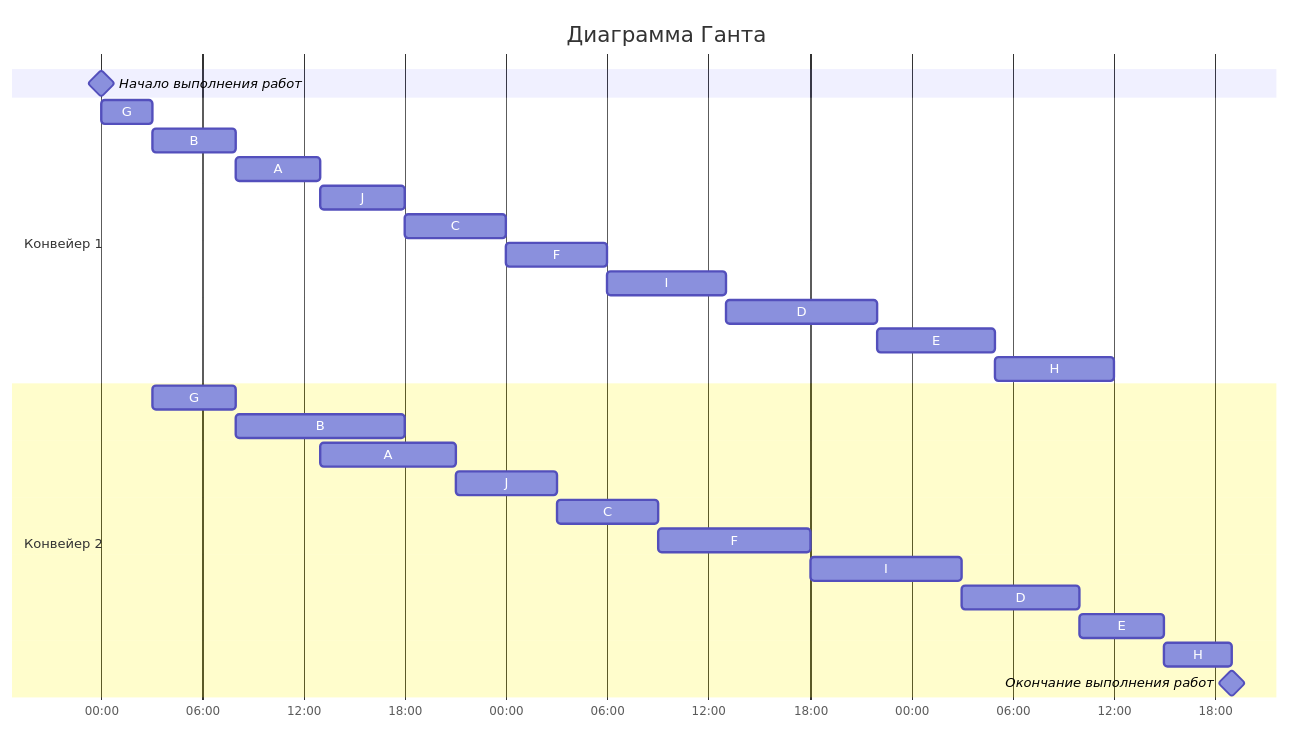
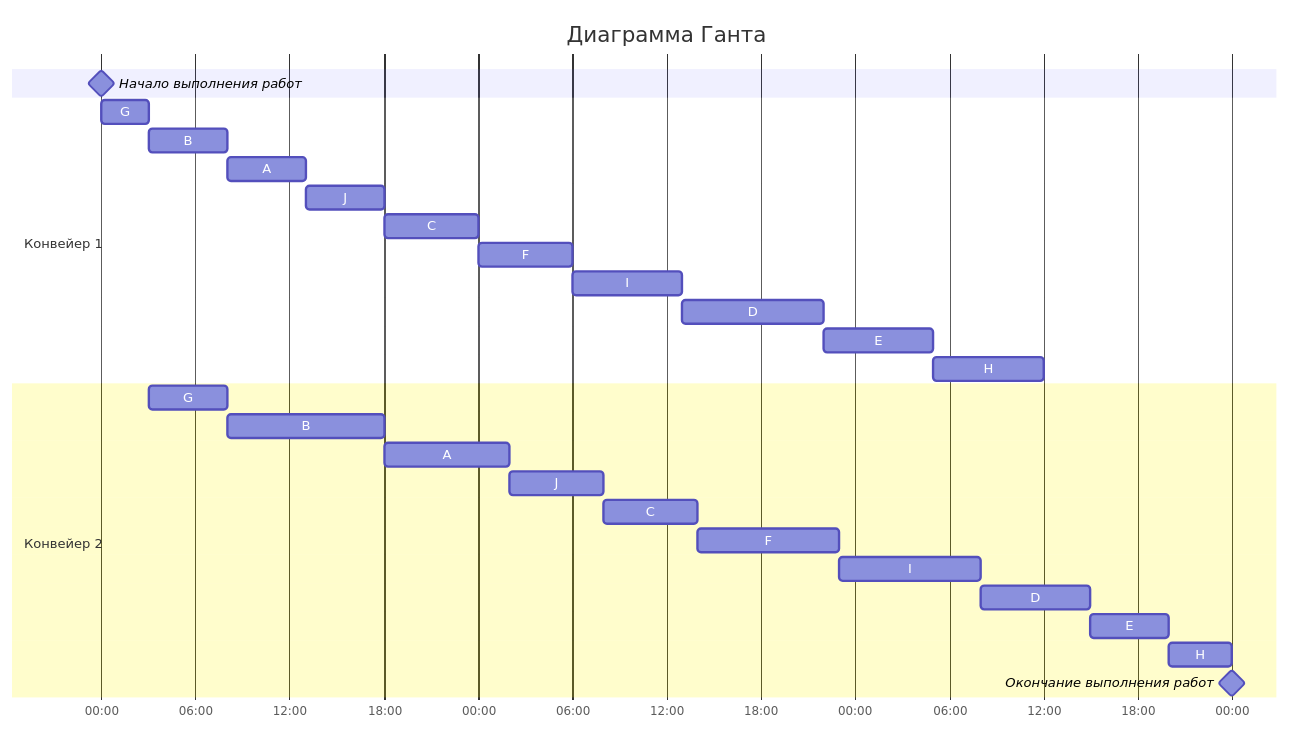
One commit to HSE-algo-23-crow/manual_tasks changed the first of 2 diagrams in task_8/CommitIT_task_8.md. Above: the diagram before and after it, drawn with Mermaid. The commit also changed other lines of this file, not shown here.

Commit message:
Исправлена ошибка одновременного исполнения двух задач на втором конвеере при алгоритме Джонсона. Пересчитана длительность выполнения работ.

````diff
--- a/task_8/CommitIT_task_8.md
+++ b/task_8/CommitIT_task_8.md
@@ -55,30 +55,30 @@
 ```mermaid
 gantt
     title Диаграмма Ганта
     dateFormat DD HH:mm    
     axisFormat %H:%M
     Начало выполнения работ : milestone, m1, 01 00:00, 0h
     section Конвейер 1
     G     :a1, 01 00:00, 3h
     B     :a2, after a1, 5h
     A     :a3, after a2, 5h
     J     :a4, after a3, 5h
     C     :a5, after a4, 6h
     F     :a6, after a5, 6h
     I     :a7, after a6, 7h
     D     :a8, after a7, 9h
     E     :a9, after a8, 7h
     H     :a10, after a9, 7h
     section Конвейер 2
     G     :b1, after a1, 5h
     B     :b2, after a2, 10h
-    A     :b3, after a3 b1, 8h
+    A     :b3, after a3 b2, 8h
     J     :b4, after a4 b3, 6h
     C     :b5, after a5 b4, 6h
     F     :b6, after a6 b5, 9h
     I     :b7, after a7 b6, 9h
     D     :b8, after a8 b7, 7h
     E     :b9, after a9 b8, 5h
     H     :b10, after a10 b9, 4h
-    Окончание выполнения работ : milestone, m2, 03 19:00, 0h
+    Окончание выполнения работ : milestone, m2, 04 00:00, 0h
 ```
````
